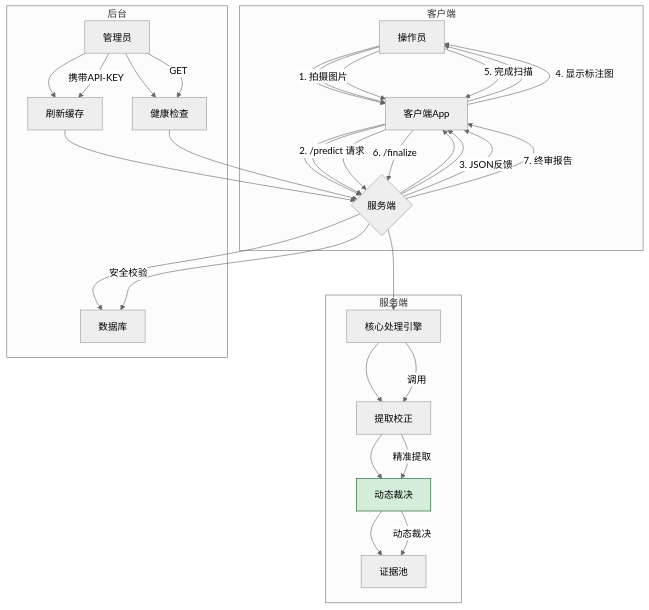
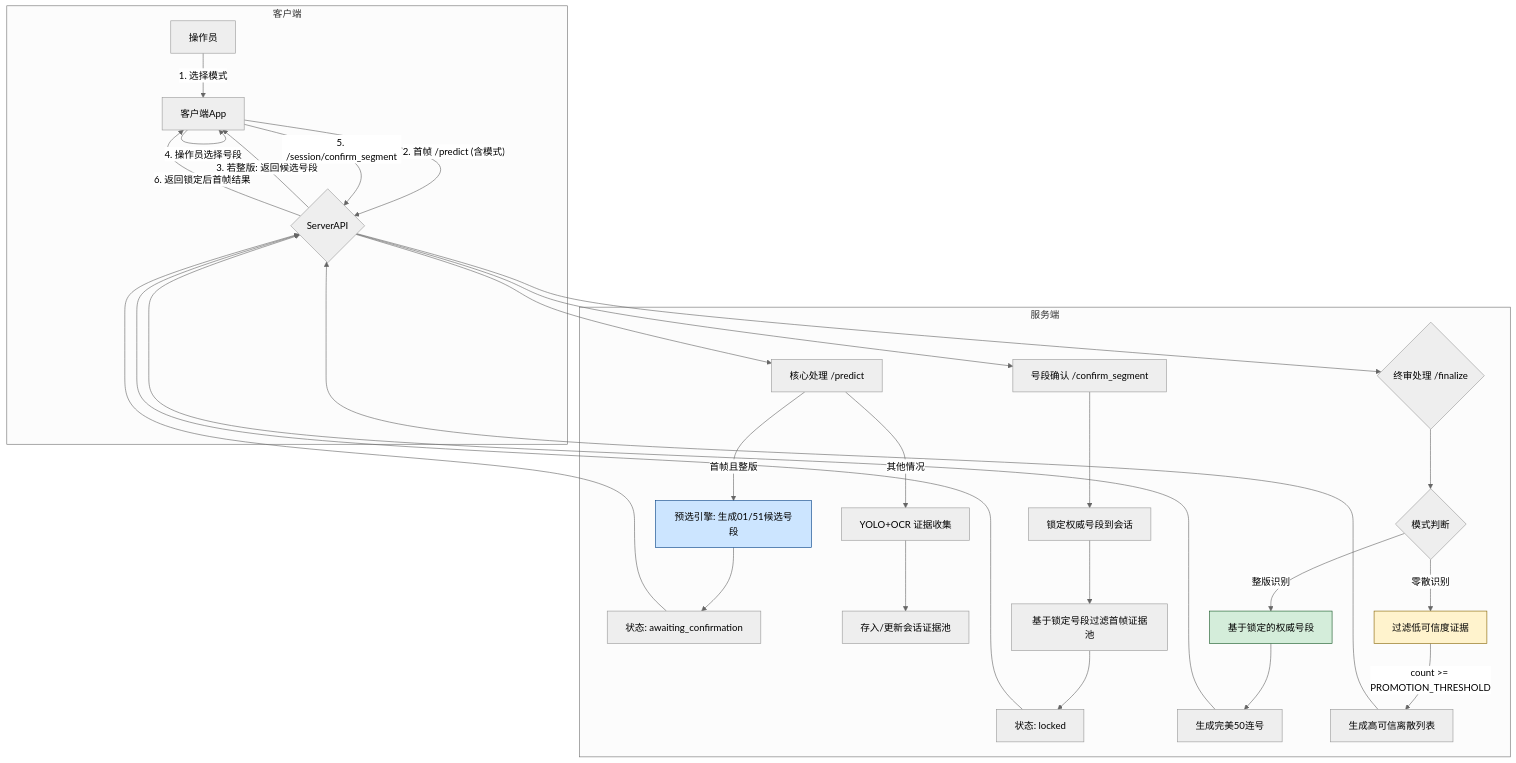
One commit to KKBIRD23/learning changed the first of 2 diagrams in Demos/ObuPrintNo_OCR/model/Service/ObuPrintNo_OCR/OBU镭标码识别服务 - API及设计文档 (V4.0_Optimized_Engine).md. Above: the diagram before and after it, drawn with Mermaid (neutral theme). The commit also changed other lines of this file and 3 other files, not shown here.

````diff
--- a/Demos/ObuPrintNo_OCR/model/Service/ObuPrintNo_OCR/OBU镭标码识别服务 - API及设计文档 (V4.0_Optimized_Engine).md
+++ b/Demos/ObuPrintNo_OCR/model/Service/ObuPrintNo_OCR/OBU镭标码识别服务 - API及设计文档 (V4.0_Optimized_Engine).md
@@ -23,46 +26,40 @@
 ```mermaid
 graph TD
-    subgraph 客户端
-        A[操作员] --> B[客户端App]
-        B --> C{服务端}
-        C --> B
-        B --> A
-        A --> B
-        B --> C
-        C --> B
+subgraph 客户端
+        A[操作员] -->|1. 选择模式| B[客户端App]
+        B -->|"2. 首帧 /predict (含模式)"| C{ServerAPI}
+        C -->|"3. 若整版: 返回候选号段"| B
+        B -->|"4. 操作员选择号段"| B
+        B -->|"5. /session/confirm_segment"| C
+        C -->|"6. 返回锁定后首帧结果"| B
     end
 
     subgraph 服务端
-        C --> D[核心处理引擎]
-        D --> E[提取校正]
-        E --> F[动态裁决]
-        F --> G[证据池]
-    end
-    
-    subgraph 后台
-        M[管理员] --> R[刷新缓存]
-        M --> H[健康检查]
-        R --> C
-        H --> C
-        C --> S[数据库]
+        C --> D[核心处理 /predict]
+        D -- 首帧且整版 --> D1[预选引擎: 生成01/51候选号段]
+        D1 --> F_Await[状态: awaiting_confirmation]
+        D -- 其他情况 --> E[YOLO+OCR 证据收集]
+        E --> F_Pool[存入/更新会话证据池]
+        
+        C --> CS[号段确认 /confirm_segment]
+        CS --> LOCK[锁定权威号段到会话]
+        LOCK --> FilterPool[基于锁定号段过滤首帧证据池]
+        FilterPool --> F_Locked[状态: locked]
+
+        C --> H{终审处理 /finalize}
+        H --> I{模式判断}
+        I -- 整版识别 --> J[基于锁定的权威号段]
+        J --> K[生成完美50连号]
+        I -- 零散识别 --> L[过滤低可信度证据]
+        L -- count >= PROMOTION_THRESHOLD --> M[生成高可信离散列表]
+        
+        F_Await --> C
+        F_Locked --> C
+        K --> C
+        M --> C
     end
 
-    %% 连线标签（单独添加避免语法冲突）
-    A -->|1. 拍摄图片| B
-    B -->|2. /predict 请求| C
-    C -->|3. JSON反馈| B
-    B -->|4. 显示标注图| A
-    A -->|5. 完成扫描| B
-    B -->|6. /finalize| C
-    C -->|7. 终审报告| B
-    
-    D -->|调用| E
-    E -->|精准提取| F
-    F -->|动态裁决| G
-    
-    M -->|携带API-KEY| R
-    M -->|GET| H
-    C -->|安全校验| S
-
-    style F fill:#d4edda,stroke:#155724
+    style J fill:#d4edda,stroke:#155724
+    style L fill:#fff3cd,stroke:#856404
+    style D1 fill:#cce5ff,stroke:#004085
 ```
````
